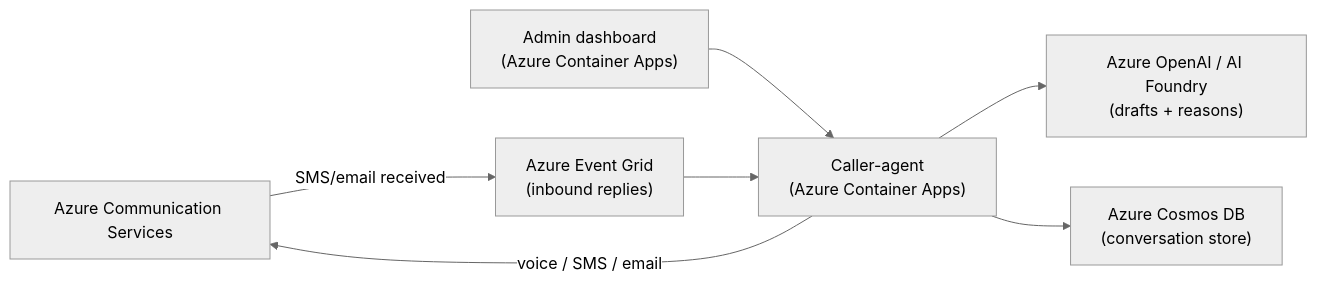
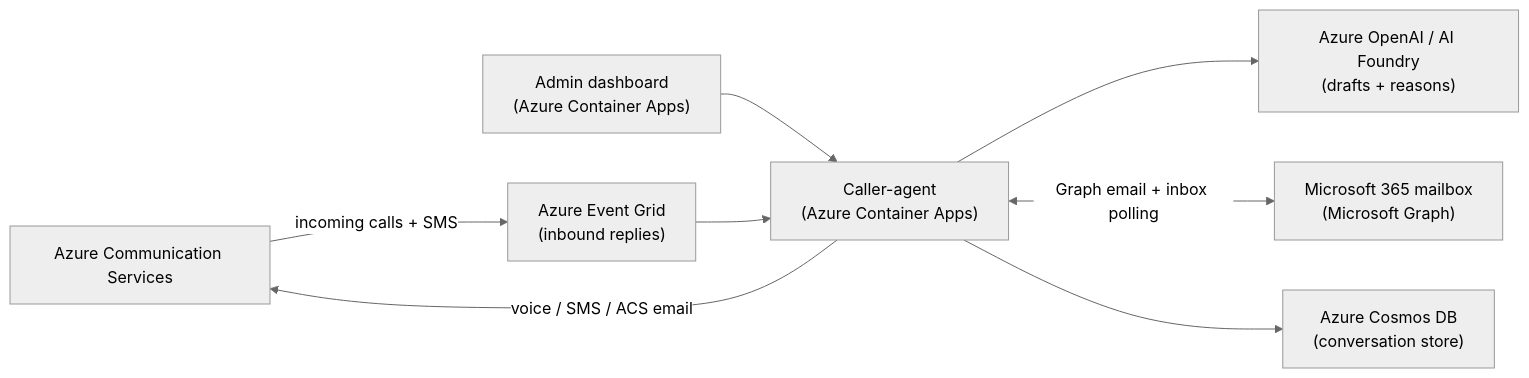
Before and after one commit to AliRezaFarahnak-Customer-Demos/ContactCenterAgent: the diagram in README.md, drawn with Mermaid (neutral theme). The commit also changed other lines of this file and 10 other files, not shown here.

````diff
--- a/README.md
+++ b/README.md
@@ -11,15 +94,17 @@
 ```mermaid
 flowchart LR
   AI["Azure OpenAI / AI Foundry<br/>(drafts + reasons)"]
   ACS["Azure Communication Services"]
   EG["Azure Event Grid<br/>(inbound replies)"]
   COSMOS["Azure Cosmos DB<br/>(conversation store)"]
   APP["Caller-agent<br/>(Azure Container Apps)"]
   UI["Admin dashboard<br/>(Azure Container Apps)"]
+   M365["Microsoft 365 mailbox<br/>(Microsoft Graph)"]
 
   UI --> APP
   APP --> AI
-  APP -->|voice / SMS / email| ACS
-  ACS -->|SMS/email received| EG --> APP
+   APP -->|voice / SMS / ACS email| ACS
+   ACS -->|incoming calls + SMS| EG --> APP
+   APP <-->|Graph email + inbox polling| M365
   APP --> COSMOS
 ```
````
